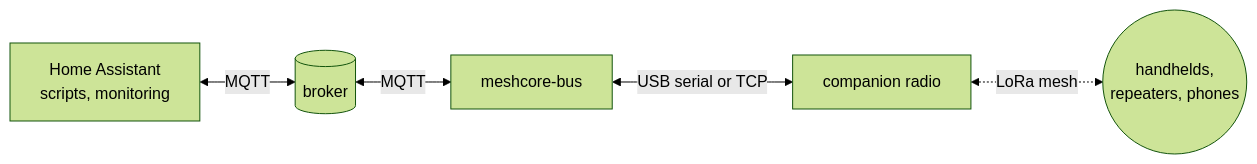
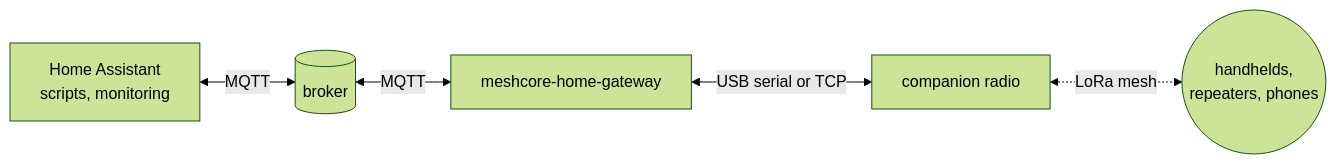
One commit to dkuenzel/meshcore-home-gateway changed the diagram in README.md. Above: the diagram before and after it, drawn with Mermaid (forest theme). The commit also changed other lines of this file and 77 other files, not shown here.

First line of the commit message:
refactor: rename the project to meshcore-home-gateway

````diff
--- a/README.md
+++ b/README.md
@@ -12,7 +13,7 @@
 ```mermaid
 flowchart LR
     HA[Home Assistant<br/>scripts, monitoring] <-->|MQTT| B[(broker)]
-    B <-->|MQTT| MB[meshcore-bus]
+    B <-->|MQTT| MB[meshcore-home-gateway]
     MB <-->|USB serial or TCP| R[companion radio]
     R <-.->|LoRa mesh| M((handhelds,<br/>repeaters, phones))
 ```
````
